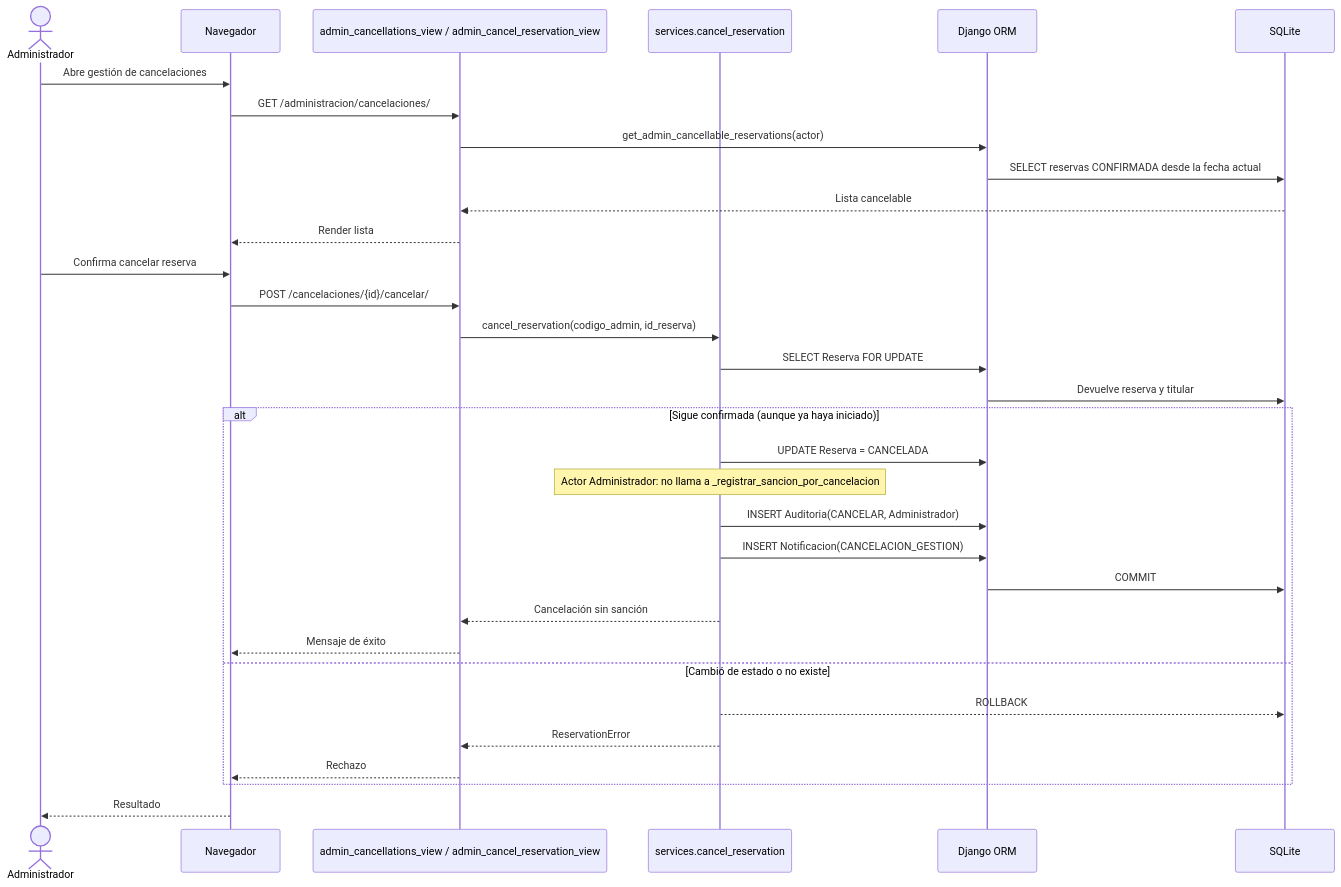
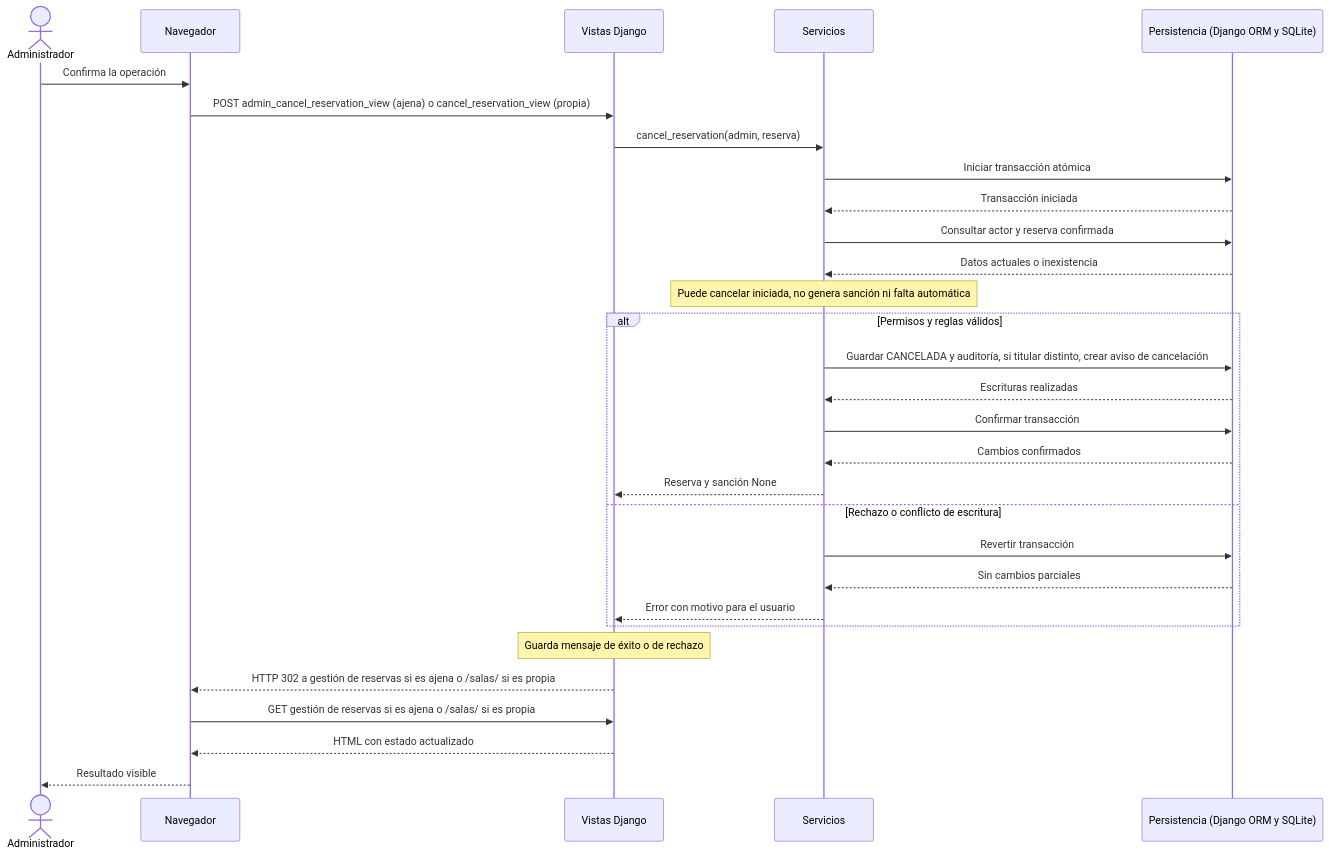
Diagram 11 of 14 in docs/sesion-07-modelos.md (Sebas0032/SalaMandra), drawn with Mermaid before and after one commit. The commit also changed other lines of this file and 11 other files, not shown here.

Commit message:
Update architecture and test traceability documentation, reorganize use cases, fix diagrams, expand interaction flows, restore weekday-only reservations, consolidate redundant tests, and remove obsolete diagram images

````diff
--- a/docs/sesion-07-modelos.md
+++ b/docs/sesion-07-modelos.md
@@ -670,35 +778,32 @@
 ```mermaid
 sequenceDiagram
-    actor A as Administrador
+    actor U as Administrador
     participant B as Navegador
-    participant V as admin_cancellations_view / admin_cancel_reservation_view
-    participant SV as services.cancel_reservation
-    participant ORM as Django ORM
-    participant DB as SQLite
-
-    A->>B: Abre gestión de cancelaciones
-    B->>V: GET /administracion/cancelaciones/
-    V->>ORM: get_admin_cancellable_reservations(actor)
-    ORM->>DB: SELECT reservas CONFIRMADA desde la fecha actual
-    DB-->>V: Lista cancelable
-    V-->>B: Render lista
-    A->>B: Confirma cancelar reserva
-    B->>V: POST /cancelaciones/{id}/cancelar/
-    V->>SV: cancel_reservation(codigo_admin, id_reserva)
-    SV->>ORM: SELECT Reserva FOR UPDATE
-    ORM->>DB: Devuelve reserva y titular
-    alt Sigue confirmada (aunque ya haya iniciado)
-        SV->>ORM: UPDATE Reserva = CANCELADA
-        Note over SV: Actor Administrador: no llama a _registrar_sancion_por_cancelacion
-        SV->>ORM: INSERT Auditoria(CANCELAR, Administrador)
-        SV->>ORM: INSERT Notificacion(CANCELACION_GESTION)
-        ORM->>DB: COMMIT
-        SV-->>V: Cancelación sin sanción
-        V-->>B: Mensaje de éxito
-    else Cambió de estado o no existe
-        SV-->>DB: ROLLBACK
-        SV-->>V: ReservationError
-        V-->>B: Rechazo
+    participant V as Vistas Django
+    participant S as Servicios
+    participant D as Persistencia (Django ORM y SQLite)
+    U->>B: Confirma la operación
+    B->>V: POST admin_cancel_reservation_view (ajena) o cancel_reservation_view (propia)
+    V->>S: cancel_reservation(admin, reserva)
+    S->>D: Iniciar transacción atómica
+    D-->>S: Transacción iniciada
+    S->>D: Consultar actor y reserva confirmada
+    D-->>S: Datos actuales o inexistencia
+    Note over S: Puede cancelar iniciada, no genera sanción ni falta automática
+    alt Permisos y reglas válidos
+        S->>D: Guardar CANCELADA y auditoría, si titular distinto, crear aviso de cancelación
+        D-->>S: Escrituras realizadas
+        S->>D: Confirmar transacción
+        D-->>S: Cambios confirmados
+        S-->>V: Reserva y sanción None
+    else Rechazo o conflicto de escritura
+        S->>D: Revertir transacción
+        D-->>S: Sin cambios parciales
+        S-->>V: Error con motivo para el usuario
     end
-    B-->>A: Resultado
+    Note over V: Guarda mensaje de éxito o de rechazo
+    V-->>B: HTTP 302 a gestión de reservas si es ajena o /salas/ si es propia
+    B->>V: GET gestión de reservas si es ajena o /salas/ si es propia
+    V-->>B: HTML con estado actualizado
+    B-->>U: Resultado visible
 ```
````
